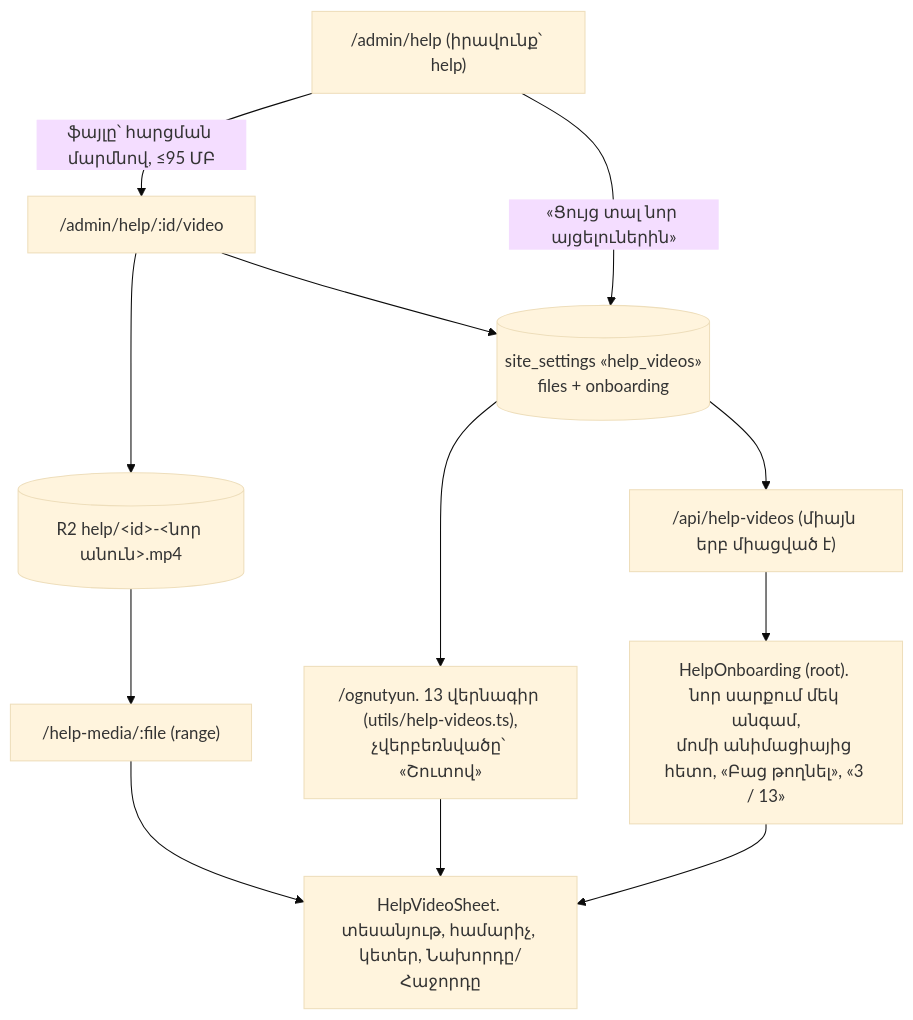
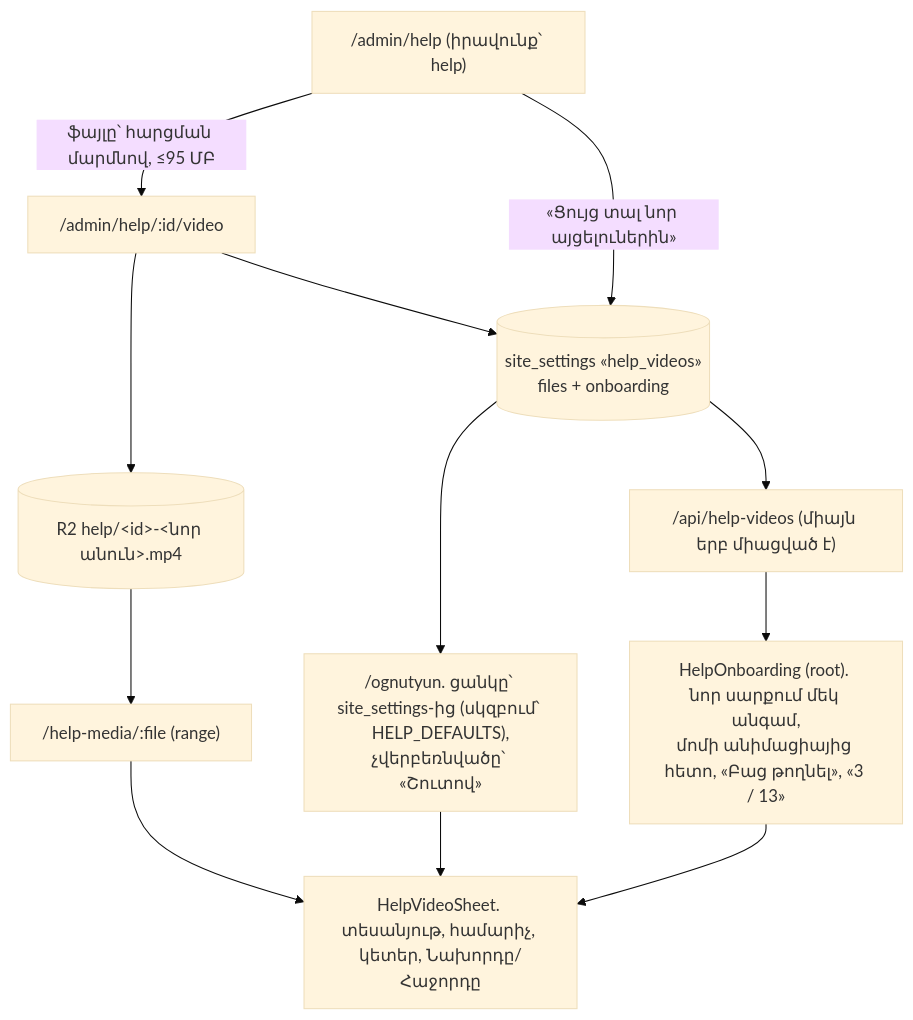
Before and after one commit to T0n0yan/armenian-apostolic-digital-library: diagram 16 of 24 in docs/ARCHITECTURE.md, drawn with Mermaid (base theme). The commit also changed other lines of this file and 7 other files, not shown here.

````diff
--- a/docs/ARCHITECTURE.md
+++ b/docs/ARCHITECTURE.md
@@ -432,11 +432,11 @@
 ```mermaid
 flowchart TD
   ADM["/admin/help (իրավունք՝ help)"] -->|"ֆայլը՝ հարցման մարմնով, ≤95 ՄԲ"| UP["/admin/help/:id/video"] --> R2[("R2 help/&lt;id&gt;-&lt;նոր անուն&gt;.mp4")]
   UP --> SET[("site_settings «help_videos»<br/>files + onboarding")]
   ADM -->|"«Ցույց տալ նոր այցելուներին»"| SET
-  SET --> PAGE["/ognutyun. 13 վերնագիր (utils/help-videos.ts),<br/>չվերբեռնվածը՝ «Շուտով»"]
+  SET --> PAGE["/ognutyun. ցանկը՝ site_settings-ից (սկզբում՝ HELP_DEFAULTS),<br/>չվերբեռնվածը՝ «Շուտով»"]
   SET --> API["/api/help-videos (միայն երբ միացված է)"]
   API --> ONB["HelpOnboarding (root). նոր սարքում մեկ անգամ,<br/>մոմի անիմացիայից հետո, «Բաց թողնել», «3 / 13»"]
   PAGE & ONB --> SHEET["HelpVideoSheet. տեսանյութ, համարիչ, կետեր, Նախորդը/Հաջորդը"]
   R2 --> MEDIA["/help-media/:file (range)"] --> SHEET
 ```
````
